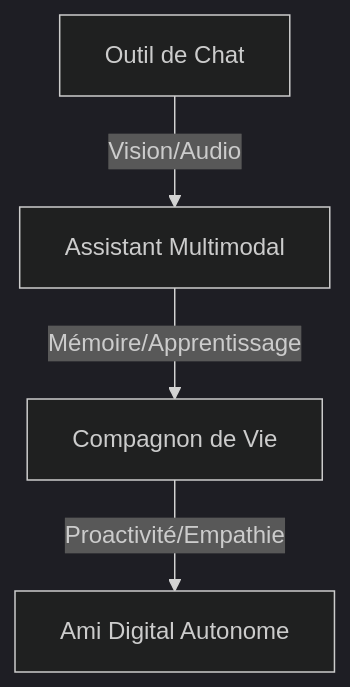
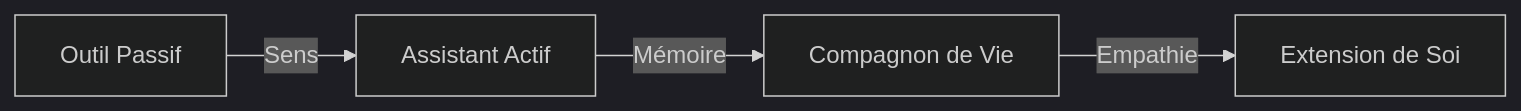
Before and after one commit to moonback/NeuroChat-2026: the diagram in ROADMAP.md, drawn with Mermaid (dark theme). The commit also changed other lines of this file, not shown here.

Commit message:
docs: update project roadmap to v2.3 and define phases through 2027

````diff
--- a/ROADMAP.md
+++ b/ROADMAP.md
@@ -57,6 +57,6 @@
 ```mermaid
-graph TD
-    A[Outil de Chat] -->|Vision/Audio| B[Assistant Multimodal]
-    B -->|Mémoire/Apprentissage| C[Compagnon de Vie]
-    C -->|Proactivité/Empathie| D[Ami Digital Autonome]
+graph LR
+    A[Outil Passif] -->|Sens| B[Assistant Actif]
+    B -->|Mémoire| C[Compagnon de Vie]
+    C -->|Empathie| D[Extension de Soi]
 ```
````
